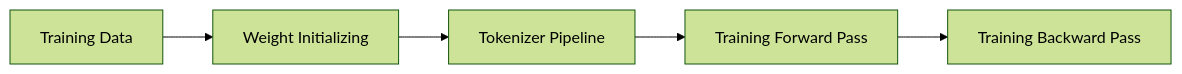
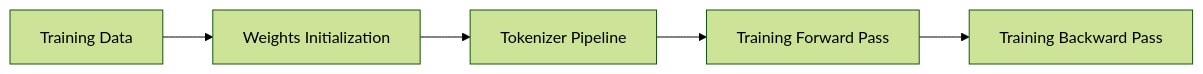
The first of 16 diagrams in index.md (ChrisZhu2050/chriszhu2050.github.io), drawn with Mermaid (forest theme) before and after one commit.

````diff
--- a/index.md
+++ b/index.md
@@ -11,10 +11,10 @@
 ```mermaid
 
 graph LR
-    A[Training Data]  --> B[Weight Initializing] --> C[Tokenizer Pipeline] --> D[Training Forward Pass] --> E[Training Backward Pass]
+    A[Training Data]  --> B[Weights Initialization] --> C[Tokenizer Pipeline] --> D[Training Forward Pass] --> E[Training Backward Pass]
     click A "#training-data"
-    click B "#weight-initializing"
+    click B "#weights-initialization"
     click C "#tokenizer-pipeline"
     click D "#training-forward-pass"
     click E "#training-backward-pass"
 ```     
````
